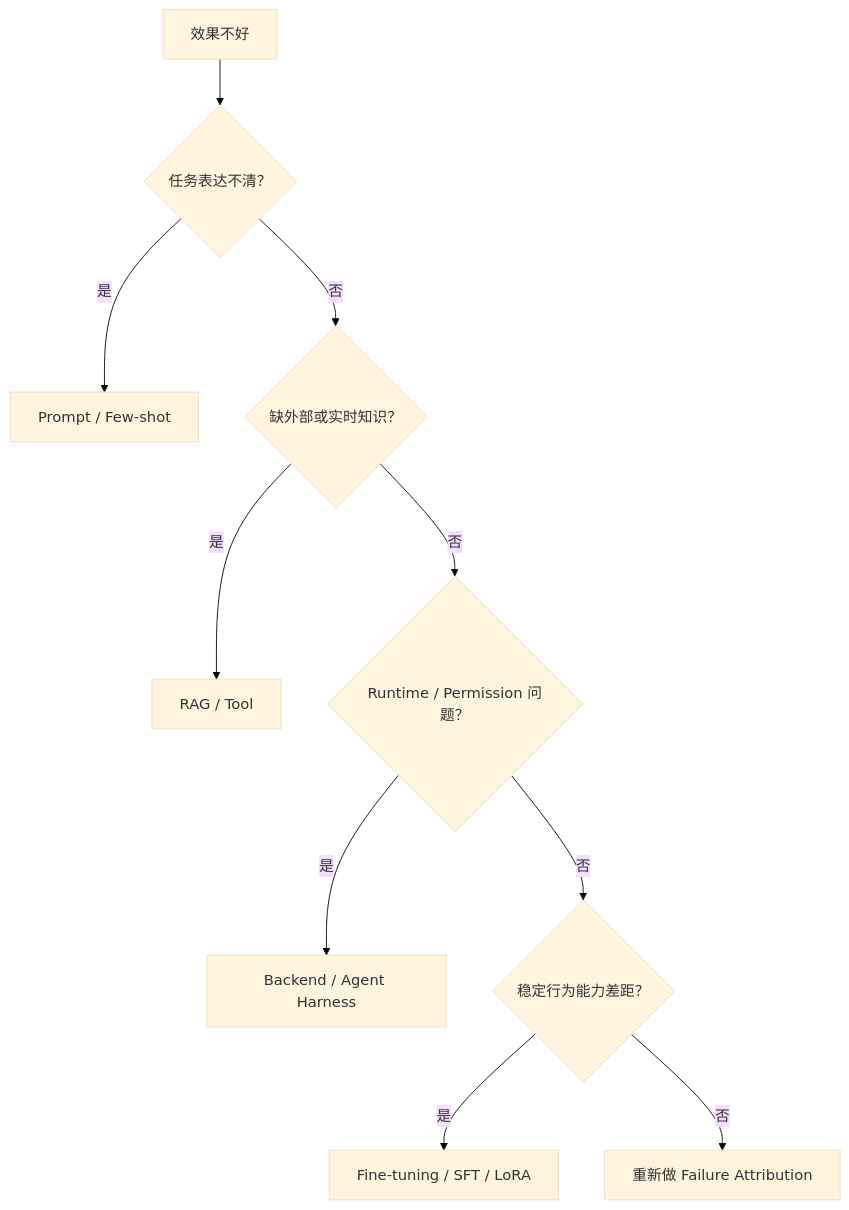
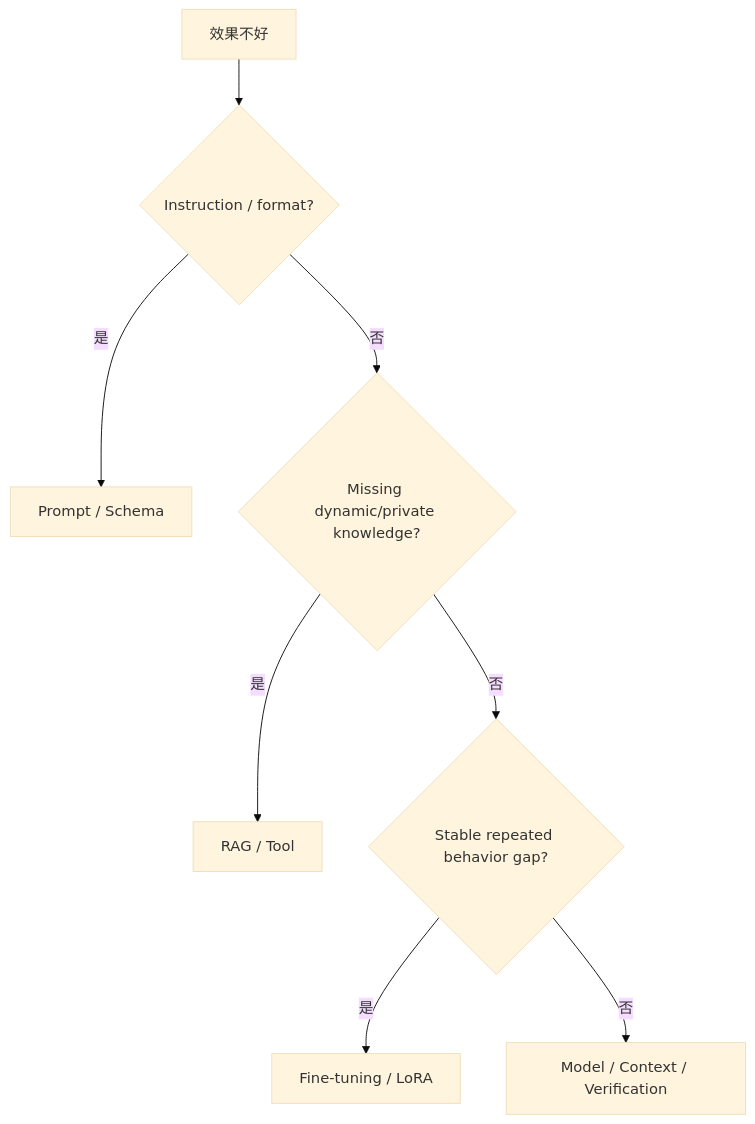
Before and after one commit to studyzhige-ui/ai-application-interview-handbook: the seventh of 7 diagrams in llm-foundation/review/README.md, drawn with Mermaid (base theme). The commit also changed other lines of this file, not shown here.

````diff
--- a/llm-foundation/review/README.md
+++ b/llm-foundation/review/README.md
@@ -155,12 +142,10 @@
 ```mermaid
 flowchart TD
-    A["效果不好"] --> B{"任务表达不清？"}
-    B -->|"是"| C["Prompt / Few-shot"]
-    B -->|"否"| D{"缺外部或实时知识？"}
+    A["效果不好"] --> B{"Instruction / format?"}
+    B -->|"是"| C["Prompt / Schema"]
+    B -->|"否"| D{"Missing dynamic/private knowledge?"}
     D -->|"是"| E["RAG / Tool"]
-    D -->|"否"| F{"Runtime / Permission 问题？"}
-    F -->|"是"| G["Backend / Agent Harness"]
-    F -->|"否"| H{"稳定行为能力差距？"}
-    H -->|"是"| I["Fine-tuning / SFT / LoRA"]
-    H -->|"否"| J["重新做 Failure Attribution"]
+    D -->|"否"| F{"Stable repeated behavior gap?"}
+    F -->|"是"| G["Fine-tuning / LoRA"]
+    F -->|"否"| H["Model / Context / Verification"]
 ```
````
